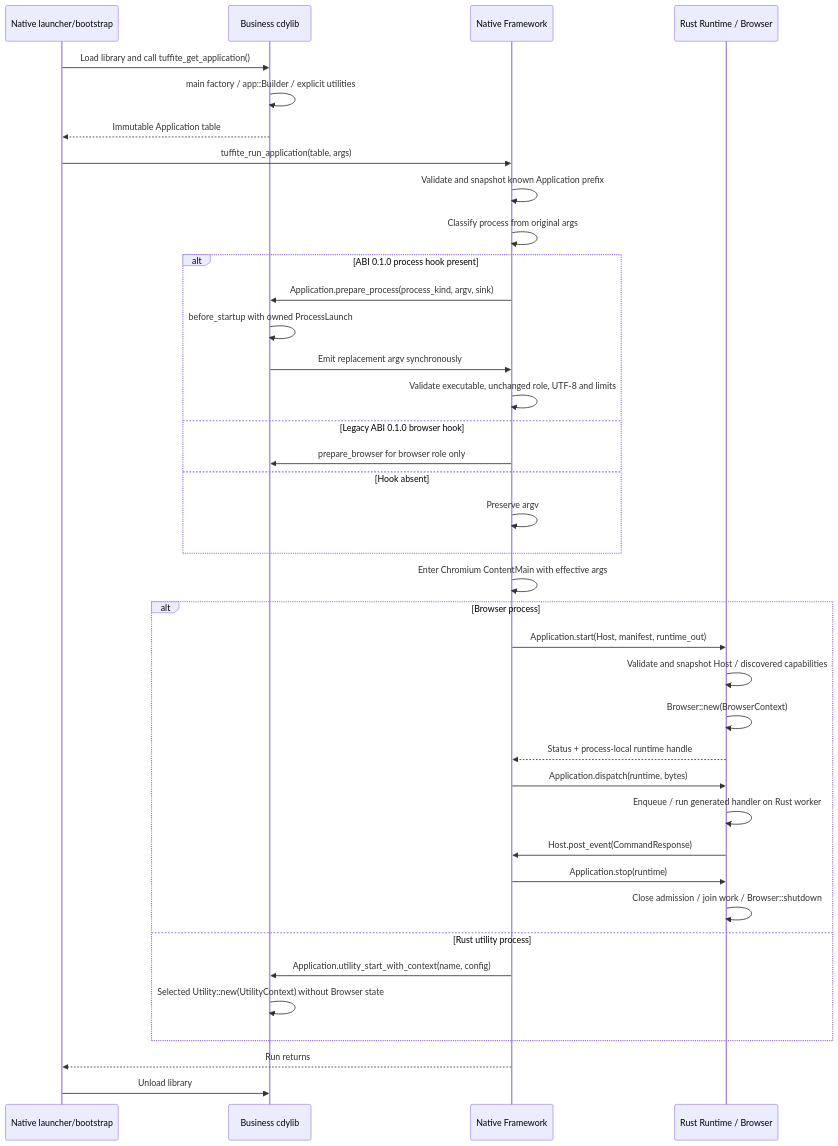
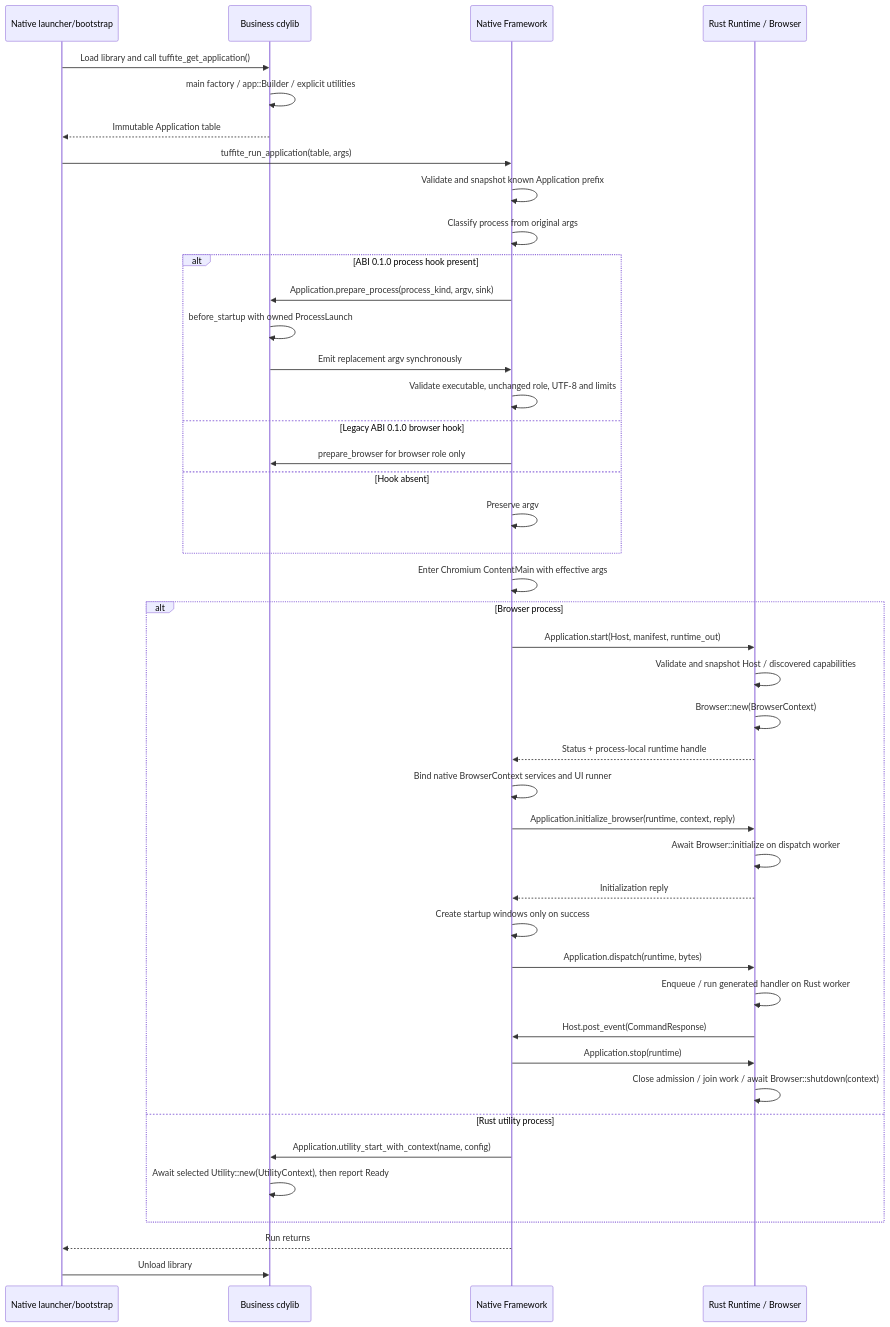
One commit to tuffite/tuffite changed the third of 7 diagrams in crates/tuffite-abi/README.md. Above: the diagram before and after it, drawn with Mermaid. The commit also changed other lines of this file and 59 other files, not shown here.

````diff
--- a/crates/tuffite-abi/README.md
+++ b/crates/tuffite-abi/README.md
@@ -336,40 +336,45 @@
 ```mermaid
 sequenceDiagram
   participant Launcher as Native launcher/bootstrap
   participant Library as Business cdylib
   participant Framework as Native Framework
   participant Runtime as Rust Runtime / Browser
   Launcher->>Library: Load library and call tuffite_get_application()
   Library->>Library: main factory / app::Builder / explicit utilities
   Library-->>Launcher: Immutable Application table
   Launcher->>Framework: tuffite_run_application(table, args)
   Framework->>Framework: Validate and snapshot known Application prefix
   Framework->>Framework: Classify process from original args
   alt ABI 0.1.0 process hook present
     Framework->>Library: Application.prepare_process(process_kind, argv, sink)
     Library->>Library: before_startup with owned ProcessLaunch
     Library->>Framework: Emit replacement argv synchronously
     Framework->>Framework: Validate executable, unchanged role, UTF-8 and limits
   else Legacy ABI 0.1.0 browser hook
     Framework->>Library: prepare_browser for browser role only
   else Hook absent
     Framework->>Framework: Preserve argv
   end
   Framework->>Framework: Enter Chromium ContentMain with effective args
   alt Browser process
     Framework->>Runtime: Application.start(Host, manifest, runtime_out)
     Runtime->>Runtime: Validate and snapshot Host / discovered capabilities
     Runtime->>Runtime: Browser::new(BrowserContext)
     Runtime-->>Framework: Status + process-local runtime handle
+    Framework->>Framework: Bind native BrowserContext services and UI runner
+    Framework->>Runtime: Application.initialize_browser(runtime, context, reply)
+    Runtime->>Runtime: Await Browser::initialize on dispatch worker
+    Runtime-->>Framework: Initialization reply
+    Framework->>Framework: Create startup windows only on success
     Framework->>Runtime: Application.dispatch(runtime, bytes)
     Runtime->>Runtime: Enqueue / run generated handler on Rust worker
     Runtime->>Framework: Host.post_event(CommandResponse)
     Framework->>Runtime: Application.stop(runtime)
-    Runtime->>Runtime: Close admission / join work / Browser::shutdown
+    Runtime->>Runtime: Close admission / join work / await Browser::shutdown(context)
   else Rust utility process
     Framework->>Library: Application.utility_start_with_context(name, config)
-    Library->>Library: Selected Utility::new(UtilityContext) without Browser state
+    Library->>Library: Await selected Utility::new(UtilityContext), then report Ready
   end
   Framework-->>Launcher: Run returns
   Launcher->>Library: Unload library
 ```
````
